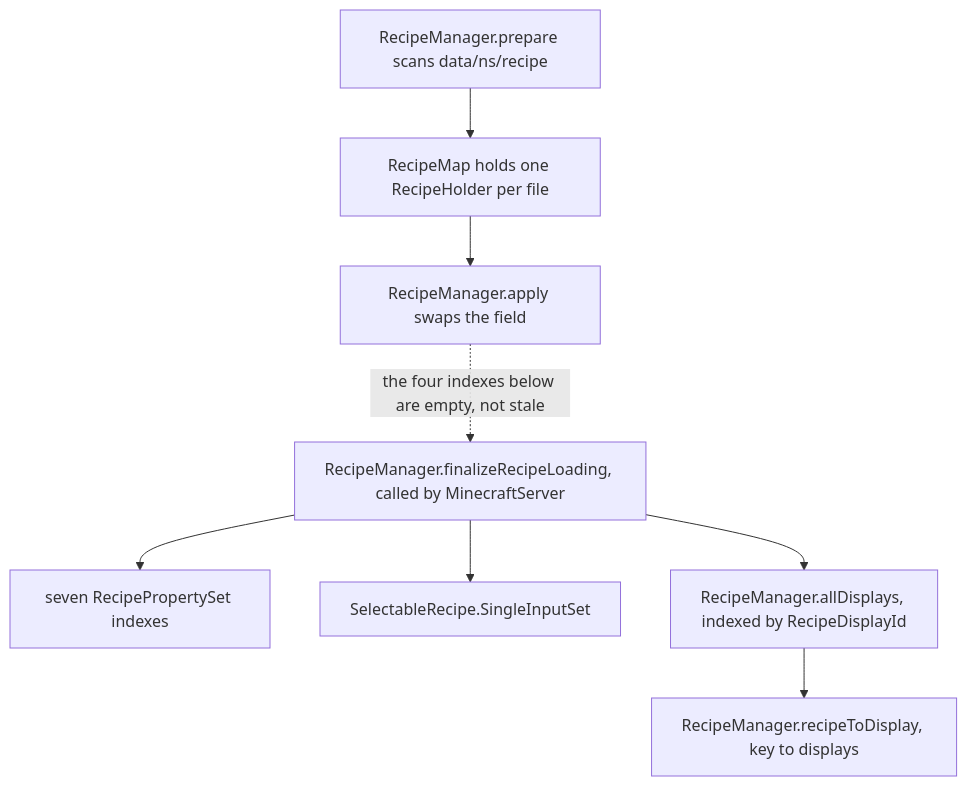
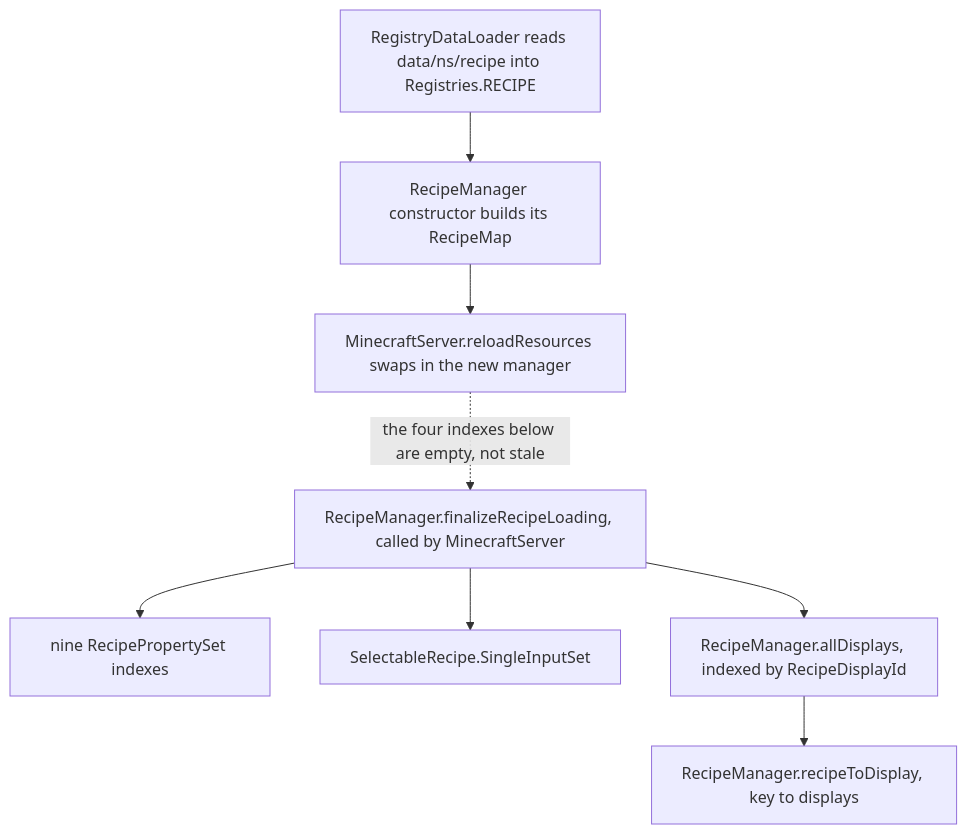
The first of 3 diagrams in src/systems/items/recipes.md (AlexanderjFraser/MinecraftDocs), drawn with Mermaid before and after one commit. The commit also changed other lines of this file and 68 other files, not shown here.

````diff
--- a/src/systems/items/recipes.md
+++ b/src/systems/items/recipes.md
@@ -40,12 +43,12 @@
 ```mermaid
 flowchart TD
-    W["RecipeManager.prepare scans data/ns/recipe"]:::worker
-    W --> M["RecipeMap holds one RecipeHolder per file"]:::worker
-    M --> A["RecipeManager.apply swaps the field"]:::server
+    W["RegistryDataLoader reads data/ns/recipe into Registries.RECIPE"]:::worker
+    W --> M["RecipeManager constructor builds its RecipeMap"]:::worker
+    M --> A["MinecraftServer.reloadResources swaps in the new manager"]:::server
     A -. "the four indexes below are empty, not stale" .-> F
     F["RecipeManager.finalizeRecipeLoading, called by MinecraftServer"]:::server
-    F --> P1["seven RecipePropertySet indexes"]:::server
+    F --> P1["nine RecipePropertySet indexes"]:::server
     F --> P2["SelectableRecipe.SingleInputSet"]:::server
     F --> P3["RecipeManager.allDisplays, indexed by RecipeDisplayId"]:::server
     P3 --> P4["RecipeManager.recipeToDisplay, key to displays"]:::server
 ```
````
